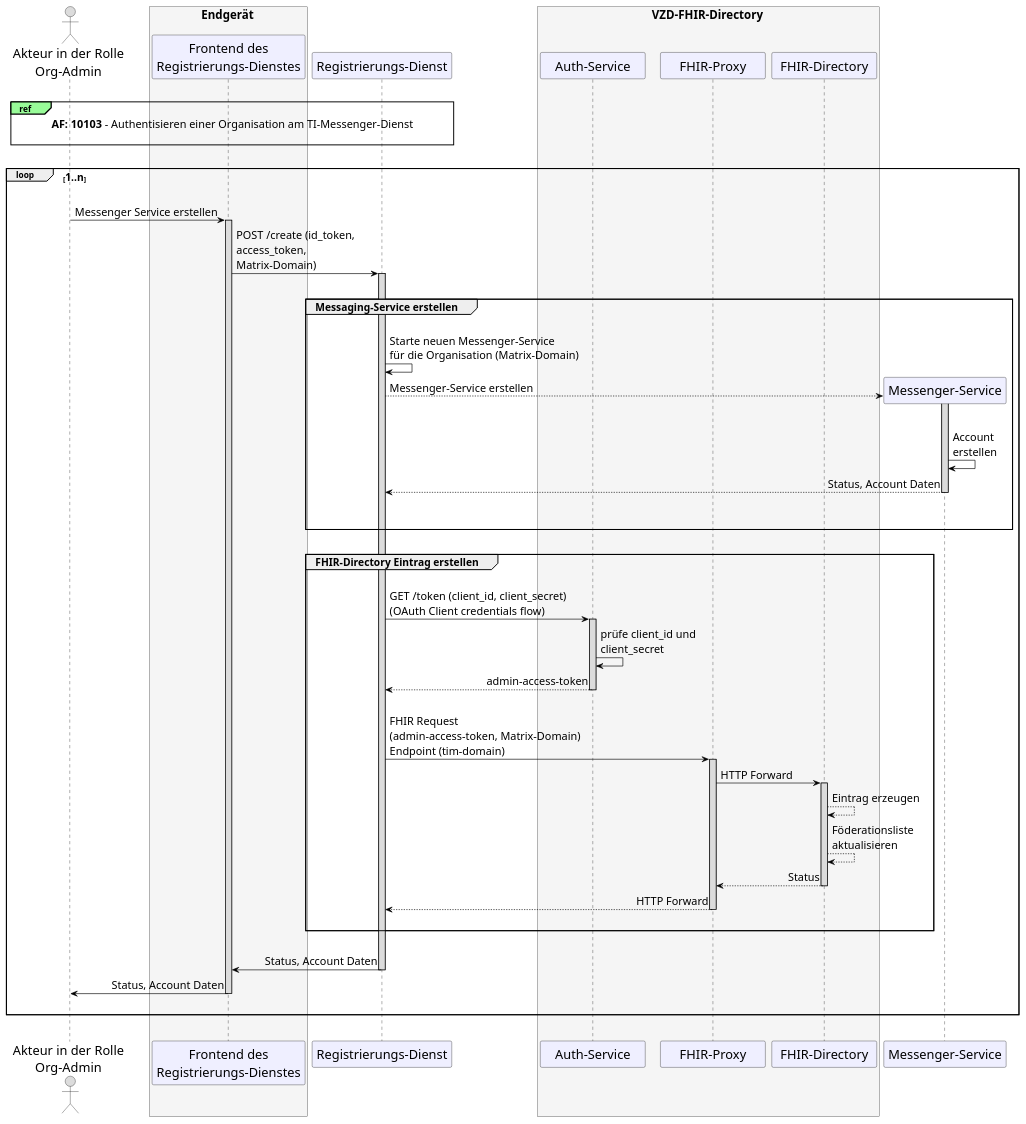
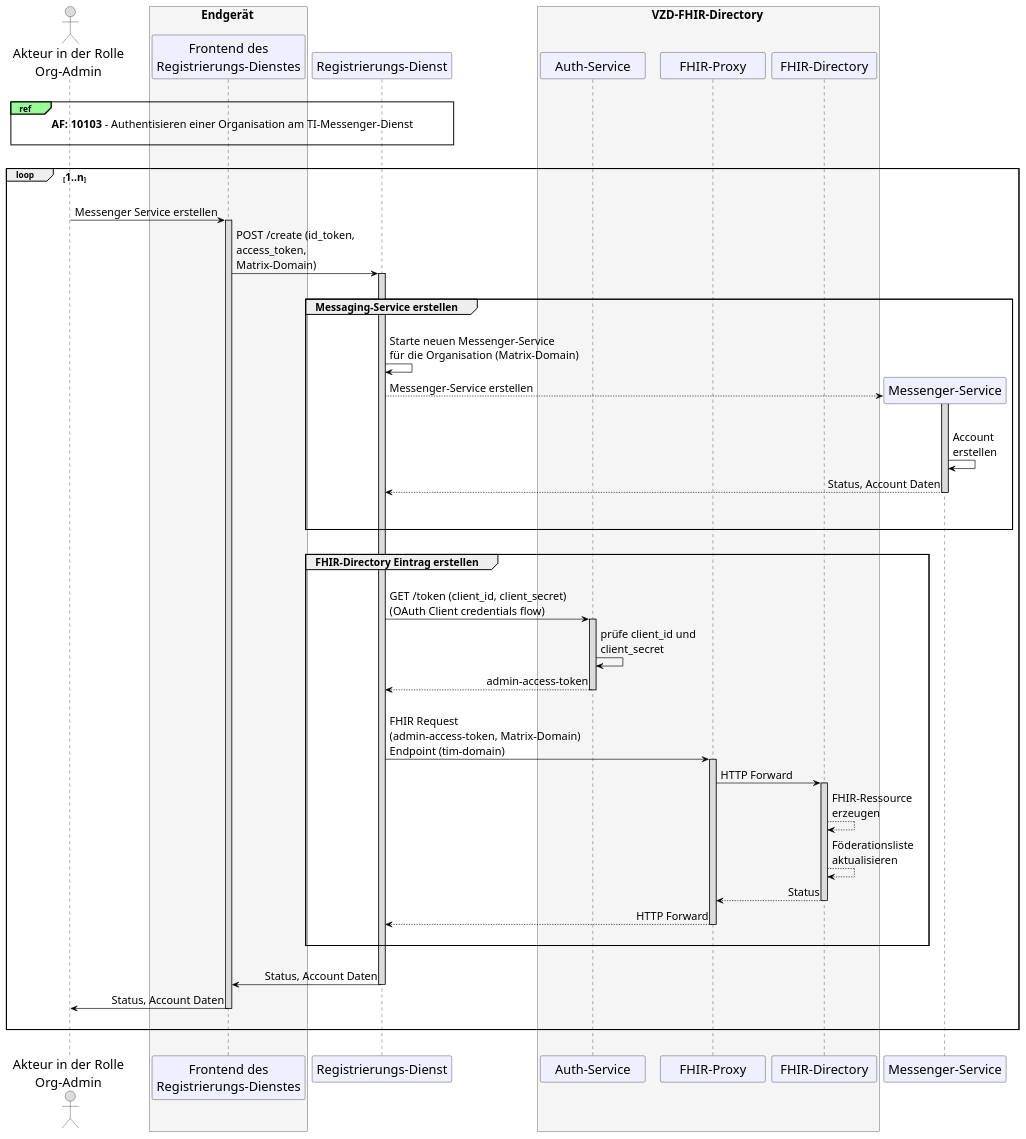
One commit to gematik/api-ti-messenger changed the diagram in src/plantuml/TI-Messenger-Dienst/Ressourcen/UC_10060_Seq.puml. Above: the diagram before and after it, drawn with PlantUML.

```diff
--- a/src/plantuml/TI-Messenger-Dienst/Ressourcen/UC_10060_Seq.puml
+++ b/src/plantuml/TI-Messenger-Dienst/Ressourcen/UC_10060_Seq.puml
@@ -9,98 +9,98 @@
 @startuml
 skinparam sequenceMessageAlign direction
 skinparam WrapWidth 300
 skinparam minClassWidth 150
 skinparam BoxPadding 1
 skinparam sequenceReferenceHeaderBackgroundColor palegreen
 scale max 2048 width
 
 skinparam sequence {
 ArrowColor black
 ArrowFontSize 17
 ActorBorderColor black
 LifeLineBorderColor black
 LifeLineBackgroundColor Gainsboro
 
 ParticipantBorderColor Motivation
 ParticipantBackgroundColor Motivation
 ParticipantFontName Impact
 ParticipantFontSize 20
 ParticipantFontColor black
 ParticipantBorderColor Black
 ParticipantBackgroundColor MOTIVATION
 
 ActorBackgroundColor Gainsboro
 ActorFontColor black
 ActorFontSize 20
 ActorFontName Aapex
 }
     actor U as "Akteur in der Rolle\nOrg-Admin"
     box <size:18>Endgerät</size> #WhiteSmoke
       participant C as "Frontend des\nRegistrierungs-Dienstes"
     end box
     participant R as "Registrierungs-Dienst"
     box <size:18>VZD-FHIR-Directory</size> #WhiteSmoke
     participant Auth as "Auth-Service"
     participant FP as "FHIR-Proxy"
     participant VZD as "FHIR-Directory"
     end box
 
 |||
 ref over U, R: <size:17>**AF: 10103** - Authentisieren einer Organisation am TI-Messenger-Dienst</size>\n 
 |||
 
 loop <size:16>1..n</size>
   |||
   U->C: Messenger Service erstellen
   Activate C
   C->R: POST /create (id_token, \naccess_token, \nMatrix-Domain)
     Activate R
     
     |||
     group <size:16>Messaging-Service erstellen</size>
     |||
       R->R: Starte neuen Messenger-Service \nfür die Organisation (Matrix-Domain)
         create "Messenger-Service"
           R-->"Messenger-Service" : Messenger-Service erstellen 
         Activate "Messenger-Service"
       |||
       "Messenger-Service"->"Messenger-Service": Account \nerstellen
       "Messenger-Service"-->R: Status, Account Daten
       |||
         Deactivate "Messenger-Service"
     |||
     end
     
     |||
     
     group <size:16>FHIR-Directory Eintrag erstellen</size>
     |||
       R->Auth: GET /token (client_id, client_secret) \n(OAuth Client credentials flow)
         Activate Auth
       Auth->Auth: prüfe client_id und \nclient_secret
       Auth-->R: admin-access-token
         Deactivate Auth
       |||
       R->FP: FHIR Request \n(admin-access-token, Matrix-Domain)\nEndpoint (tim-domain)
         Activate FP
       FP->VZD: HTTP Forward
         Activate VZD
-      VZD-->VZD: Eintrag erzeugen
+      VZD-->VZD: FHIR-Ressource \nerzeugen
       VZD-->VZD: Föderationsliste\naktualisieren
       VZD-->FP: Status
         Deactivate VZD
       FP-->R: HTTP Forward
         Deactivate FP
 
     |||
     end
 
   |||
   R->C: Status, Account Daten
     Deactivate R
   C->U: Status, Account Daten
     Deactivate C
   |||
 end
 |||
 @enduml
```
